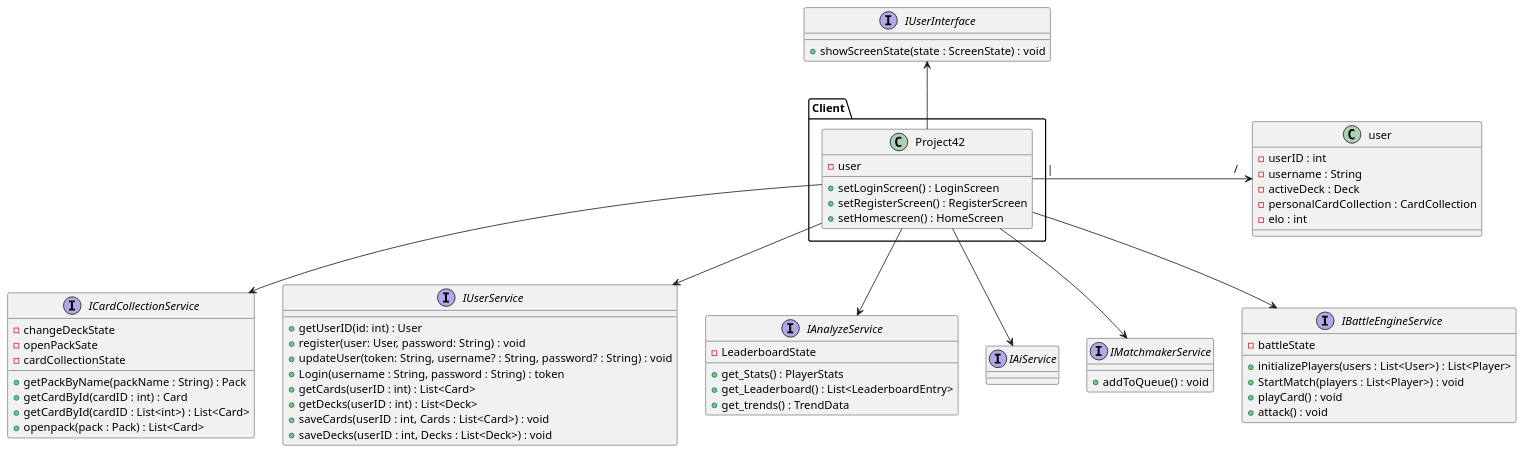
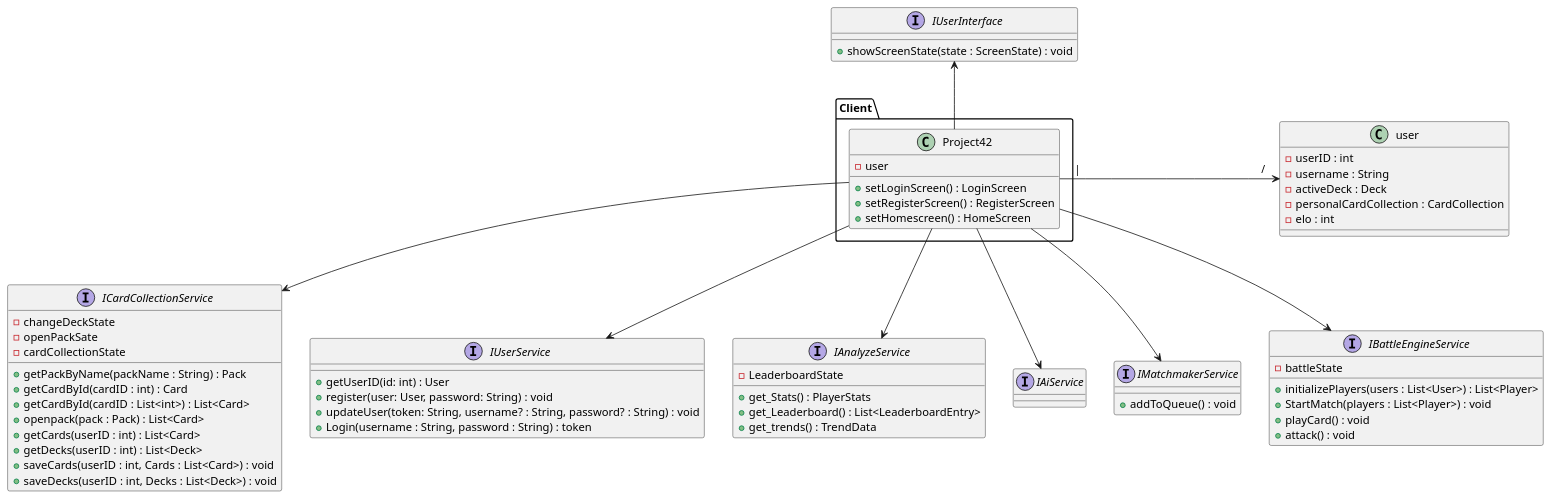
One commit to RobKokx/diagrammen-SAD-Pinc changed the diagram in implementation view/overviewInterfaces.puml. Above: the diagram before and after it, drawn with PlantUML. The commit also changed other lines of this file, not shown here.

```diff
--- a/implementation view/overviewInterfaces.puml
+++ b/implementation view/overviewInterfaces.puml
@@ -1,73 +1,73 @@
 @startuml
 
 interface "IUserInterface" as UI{
 +showScreenState(state : ScreenState) : void
 }
 
 package Client{
 class "Project42" as client{
 - user
 +setLoginScreen() : LoginScreen
 +setRegisterScreen() : RegisterScreen
 +setHomescreen() : HomeScreen
 
 }
 }
 
 interface "ICardCollectionService" as CCS{
 -changeDeckState
 -openPackSate
 -cardCollectionState
 +getPackByName(packName : String) : Pack
 +getCardById(cardID : int) : Card
 +getCardById(cardID : List<int>) : List<Card>
 +openpack(pack : Pack) : List<Card>
++getCards(userID : int) : List<Card>
++getDecks(userID : int) : List<Deck>
++saveCards(userID : int, Cards : List<Card>) : void
++saveDecks(userID : int, Decks : List<Deck>) : void
 }
 
 interface "IUserService" as US{
 +getUserID(id: int) : User
 +register(user: User, password: String) : void
 +updateUser(token: String, username? : String, password? : String) : void
 +Login(username : String, password : String) : token
-+getCards(userID : int) : List<Card>
-+getDecks(userID : int) : List<Deck>
-+saveCards(userID : int, Cards : List<Card>) : void
-+saveDecks(userID : int, Decks : List<Deck>) : void
 }
 interface "IAnalyzeService" as AS{
 -LeaderboardState
 +get_Stats() : PlayerStats
 +get_Leaderboard() : List<LeaderboardEntry>
 +get_trends() : TrendData
 }
 interface "IAiService" as AiS{}
 interface "IMatchmakerService" as MS{
 +addToQueue() : void
 }
 interface "IBattleEngineService" as BES{
 -battleState
 +initializePlayers(users : List<User>) : List<Player>
 +StartMatch(players : List<Player>) : void
 +playCard() : void
 +attack() : void
 }
 
 class user{
  - userID : int
  - username : String
  - activeDeck : Deck
  - personalCardCollection : CardCollection
  - elo : int
 }
 
 client -> user : |                                                                   /
 client --> CCS
 client --> US
 client --> AS
 client --> AiS
 client --> MS
 client --> BES
 UI <-- client
 
 
 @enduml
```
